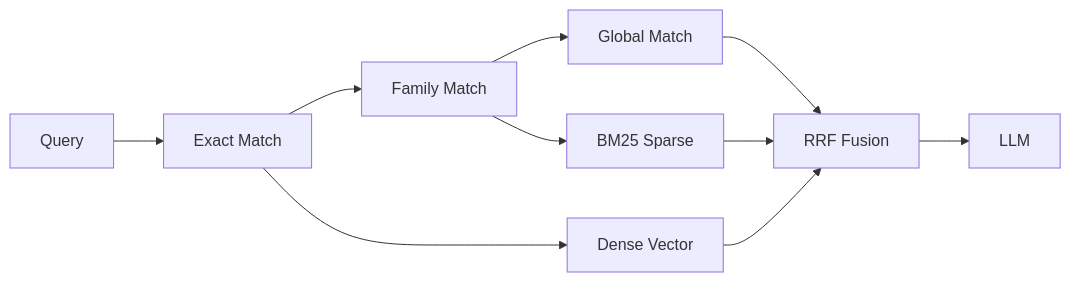
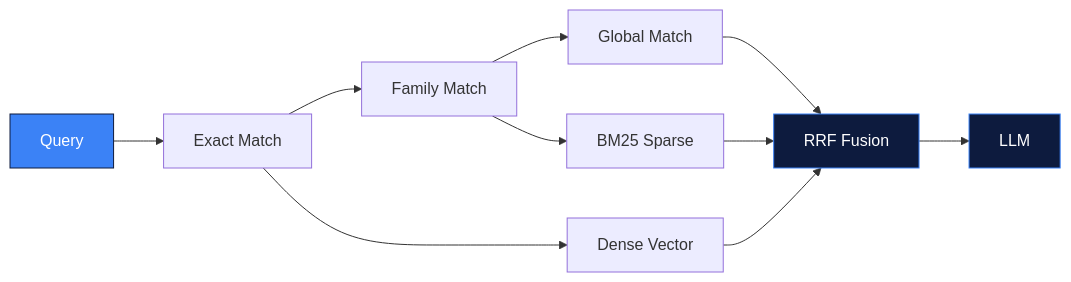
Before and after one commit to Santhosh-p653/Santhosh-p653: the second of 5 diagrams in README.md, drawn with Mermaid. The commit also changed other lines of this file, not shown here.

````diff
--- a/README.md
+++ b/README.md
@@ -238,12 +180,16 @@
 ```mermaid
 flowchart LR
     Q[Query] --> M1[Exact Match]
     M1 --> M2[Family Match]
     M2 --> M3[Global Match]
     M1 --> DV[Dense Vector]
     M2 --> BM[BM25 Sparse]
     M3 --> RRF[RRF Fusion]
     DV --> RRF
     BM --> RRF
     RRF --> LLM[LLM]
+
+    style Q fill:#3b82f6,stroke:#0d1b3e,color:#fff
+    style RRF fill:#0d1b3e,stroke:#3b82f6,color:#fff
+    style LLM fill:#0d1b3e,stroke:#3b82f6,color:#fff
 ```
````
